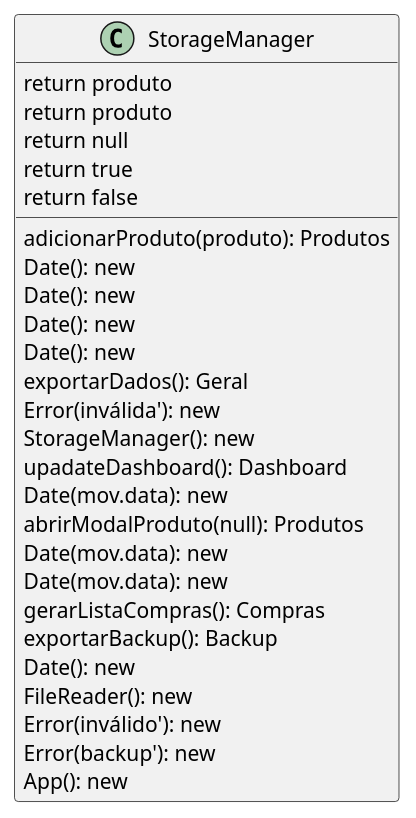
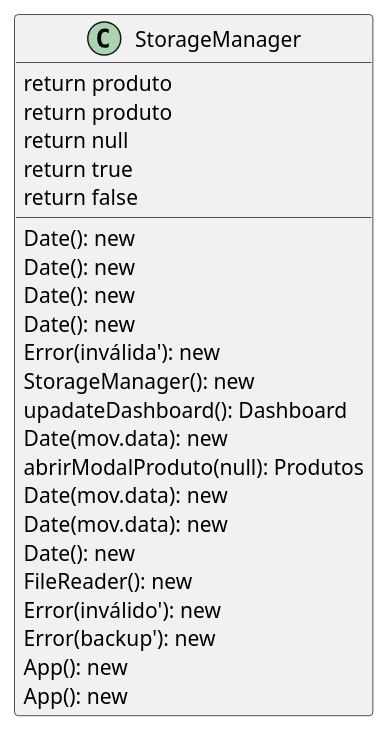
Before and after one commit to cruz-freitas/Sistema-de-Gest-o-de-Produto-Gerin: the diagram in app.puml, drawn with PlantUML. The commit also changed 1 other file, not shown here.

Commit message:
alteração no app.js

```diff
--- a/app.puml
+++ b/app.puml
@@ -1,29 +1,26 @@
 @startuml
 class StorageManager {
   return produto
   return produto
   return null
   return true
   return false
-  adicionarProduto(produto): Produtos
   Date(): new
   Date(): new
   Date(): new
   Date(): new
-  exportarDados(): Geral
   Error(inválida'): new
   StorageManager(): new
   upadateDashboard(): Dashboard
   Date(mov.data): new
   abrirModalProduto(null): Produtos
   Date(mov.data): new
   Date(mov.data): new
-  gerarListaCompras(): Compras
-  exportarBackup(): Backup
   Date(): new
   FileReader(): new
   Error(inválido'): new
   Error(backup'): new
   App(): new
+  App(): new
 }
 @enduml
```
